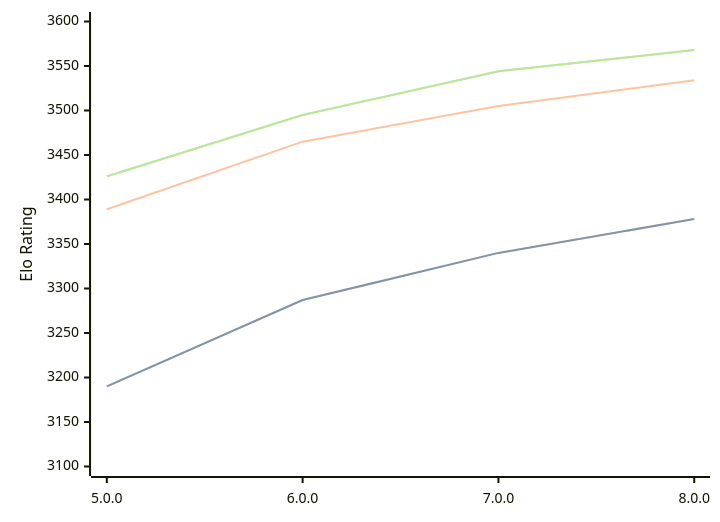
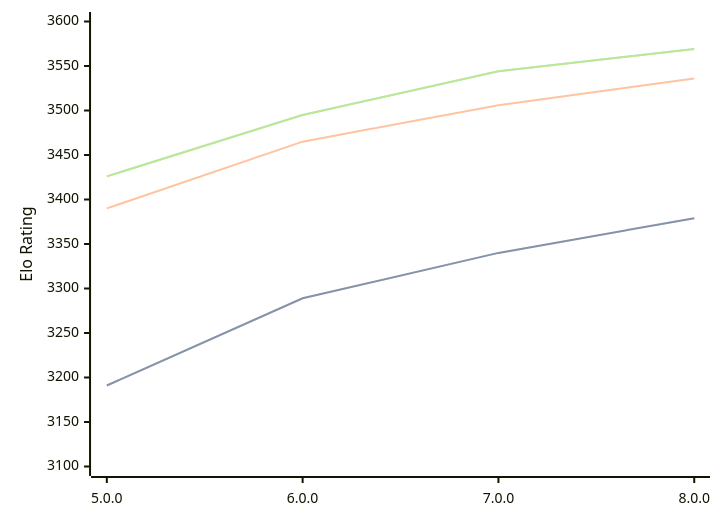
The diagram in engines/Stormphrax.md (computer-chess-index/cci), drawn with Mermaid before and after one commit. The commit also changed other lines of this file, not shown here.

Commit message:
Update CCI Ratings (ELO VLTC) - 2026-07-31

````diff
--- a/engines/Stormphrax.md
+++ b/engines/Stormphrax.md
@@ -39,11 +39,11 @@
 ```mermaid
 %%{init: {"theme":"base","themeVariables":{"seriesColors:['#a3a3a3','#222221','#faa371']}}}%%
 xychart-beta
   x-axis ["5.0.0", "6.0.0", "7.0.0", "8.0.0"]
   y-axis "Elo Rating" 3100 --> 3600
-  line "STC (8.0+0.08s)" [3190, 3287, 3340, 3378]
-  line "STC (8.0+0.08s)" [3190, 3287, 3340, 3378]
-  line "LTC (60.0+0.60s)" [3389, 3465, 3505, 3534]
-  line "VLTC (2m24s+1.12s)" [3426, 3495, 3544, 3568]
-  line "VLTC (2m24s+1.12s)" [3426, 3495, 3544, 3568]
+  line "STC (8.0+0.08s)" [3191, 3289, 3340, 3379]
+  line "STC (8.0+0.08s)" [3191, 3289, 3340, 3379]
+  line "LTC (60.0+0.60s)" [3390, 3465, 3506, 3536]
+  line "VLTC (2m24s+1.12s)" [3426, 3495, 3544, 3569]
+  line "VLTC (2m24s+1.12s)" [3426, 3495, 3544, 3569]
 ```
````
